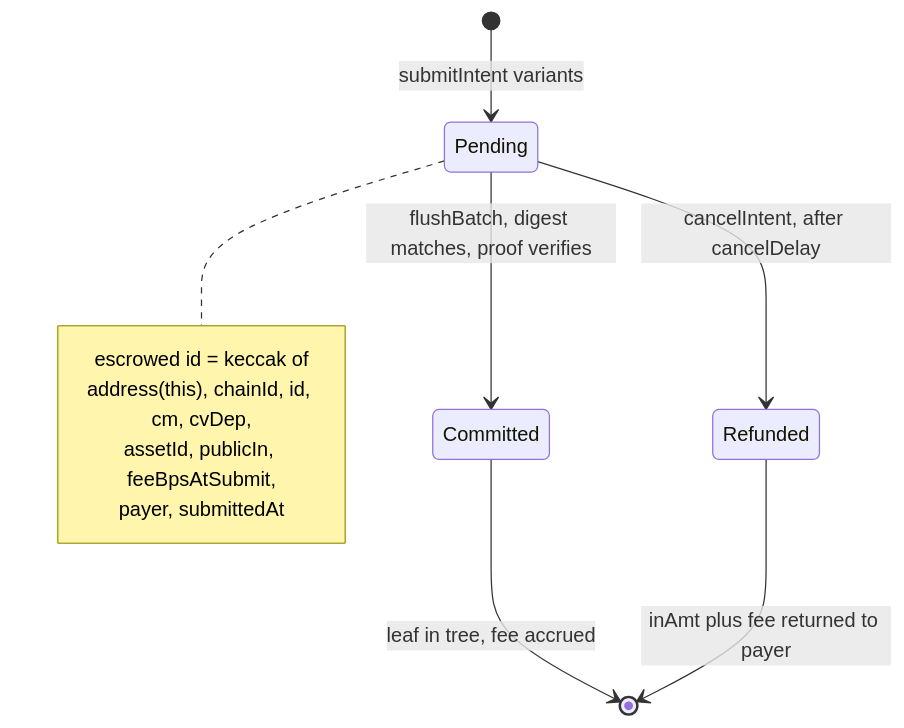
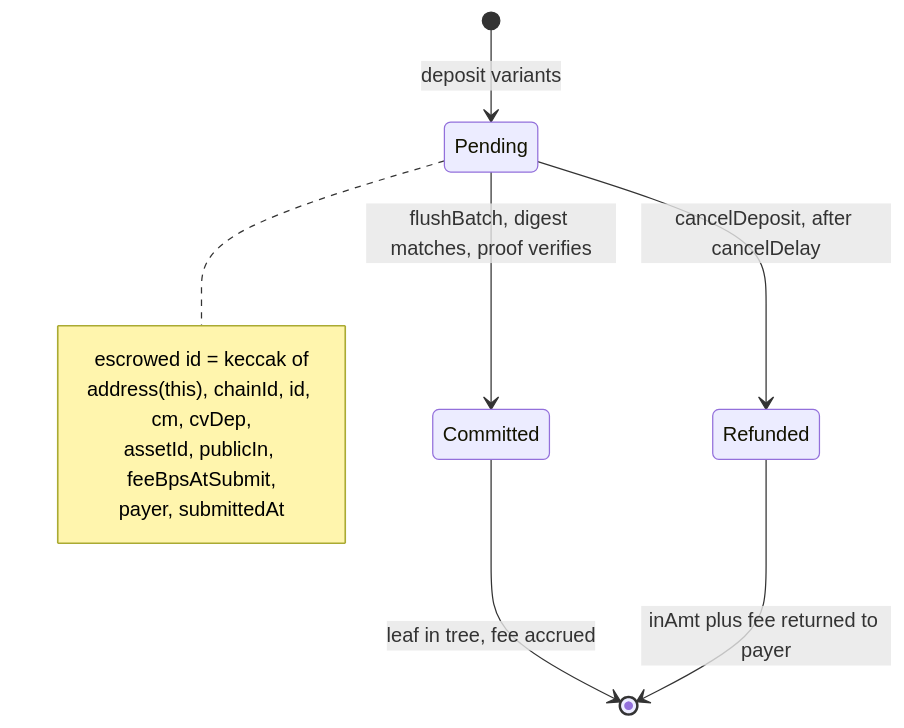
The sixth of 10 diagrams in src/README.md (lelantos-org/contracts), drawn with Mermaid before and after one commit. The commit also changed other lines of this file and 93 other files, not shown here.

````diff
--- a/src/README.md
+++ b/src/README.md
@@ -286,15 +286,15 @@
 ```mermaid
 stateDiagram-v2
-  [*] --> Pending: submitIntent variants
+  [*] --> Pending: deposit variants
   Pending --> Committed: flushBatch, digest matches, proof verifies
-  Pending --> Refunded: cancelIntent, after cancelDelay
+  Pending --> Refunded: cancelDeposit, after cancelDelay
   Committed --> [*]: leaf in tree, fee accrued
   Refunded --> [*]: inAmt plus fee returned to payer
 
   note right of Pending
     escrowed id = keccak of
     address(this), chainId, id, cm, cvDep,
     assetId, publicIn, feeBpsAtSubmit,
     payer, submittedAt
   end note
 ```
````
